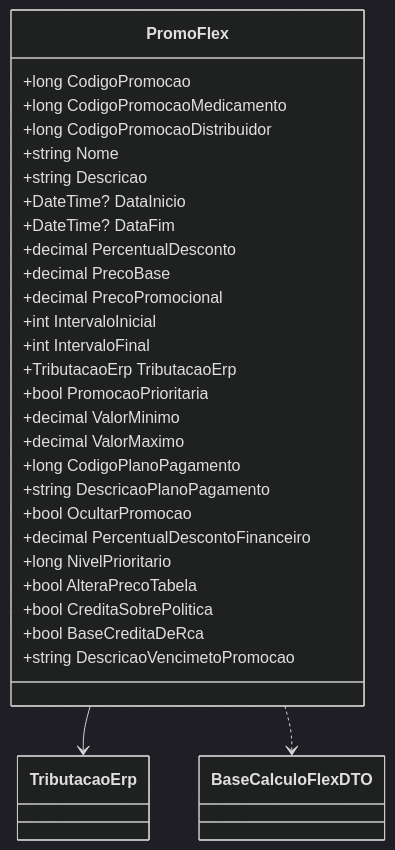
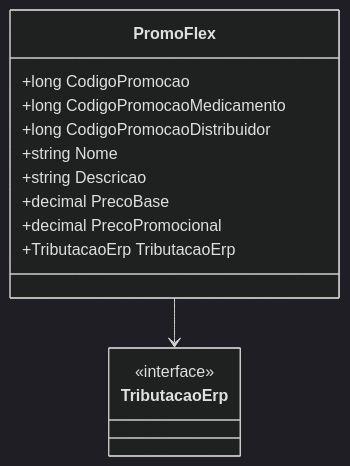
Before and after one commit to IsthmusSistemas/documentacao-tecnica: the second of 2 diagrams in docs/b2b-dominio/IsthmusWinthor.Nucleo/IsthmusWinthor.Dominio/POCO/Precos/PromoFlex.md, drawn with Mermaid (dark theme). The commit also changed other lines of this file and 882 other files, not shown here.

````diff
--- a/docs/b2b-dominio/IsthmusWinthor.Nucleo/IsthmusWinthor.Dominio/POCO/Precos/PromoFlex.md
+++ b/docs/b2b-dominio/IsthmusWinthor.Nucleo/IsthmusWinthor.Dominio/POCO/Precos/PromoFlex.md
@@ -50,34 +44,19 @@
 ```mermaid
 classDiagram
     class PromoFlex {
         +long CodigoPromocao
         +long CodigoPromocaoMedicamento
         +long CodigoPromocaoDistribuidor
         +string Nome
         +string Descricao
-        +DateTime? DataInicio
-        +DateTime? DataFim
-        +decimal PercentualDesconto
         +decimal PrecoBase
         +decimal PrecoPromocional
-        +int IntervaloInicial
-        +int IntervaloFinal
         +TributacaoErp TributacaoErp
-        +bool PromocaoPrioritaria
-        +decimal ValorMinimo
-        +decimal ValorMaximo
-        +long CodigoPlanoPagamento
-        +string DescricaoPlanoPagamento
-        +bool OcultarPromocao
-        +decimal PercentualDescontoFinanceiro
-        +long NivelPrioritario
-        +bool AlteraPrecoTabela
-        +bool CreditaSobrePolitica
-        +bool BaseCreditaDeRca
-        +string DescricaoVencimetoPromocao
     }
+
     class TributacaoErp {
+        <<interface>>
     }
+
     PromoFlex --> TributacaoErp
-    PromoFlex ..> BaseCalculoFlexDTO
 ```
````
